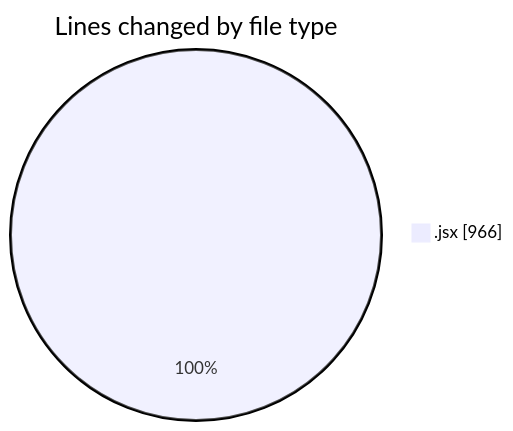
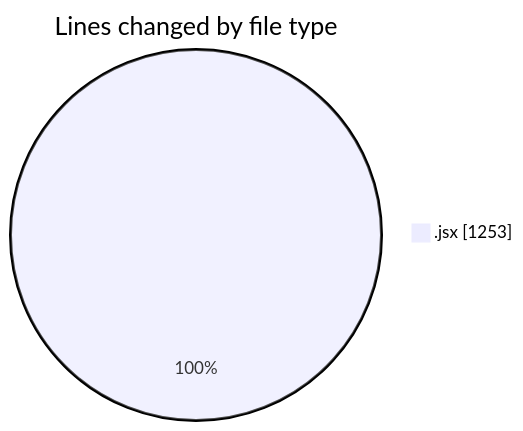
The first of 2 diagrams in 2025-05-10/argos-dev/README.md (nxtqubesakshisongat/code-tracking), drawn with Mermaid before and after one commit. The commit also changed other lines of this file and 1 other file, not shown here.

````diff
--- a/2025-05-10/argos-dev/README.md
+++ b/2025-05-10/argos-dev/README.md
@@ -21,5 +21,5 @@
 ```mermaid
 pie showData
 title Lines changed by file type
-".jsx" : 966
+".jsx" : 1253
 ```
````
